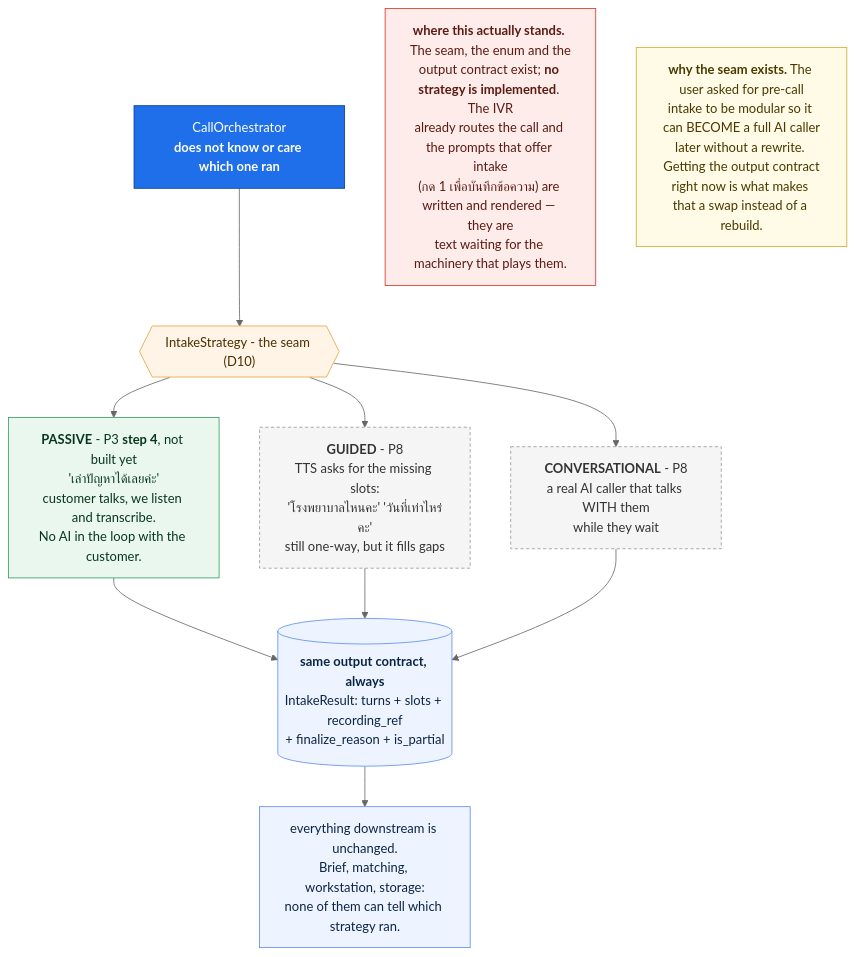
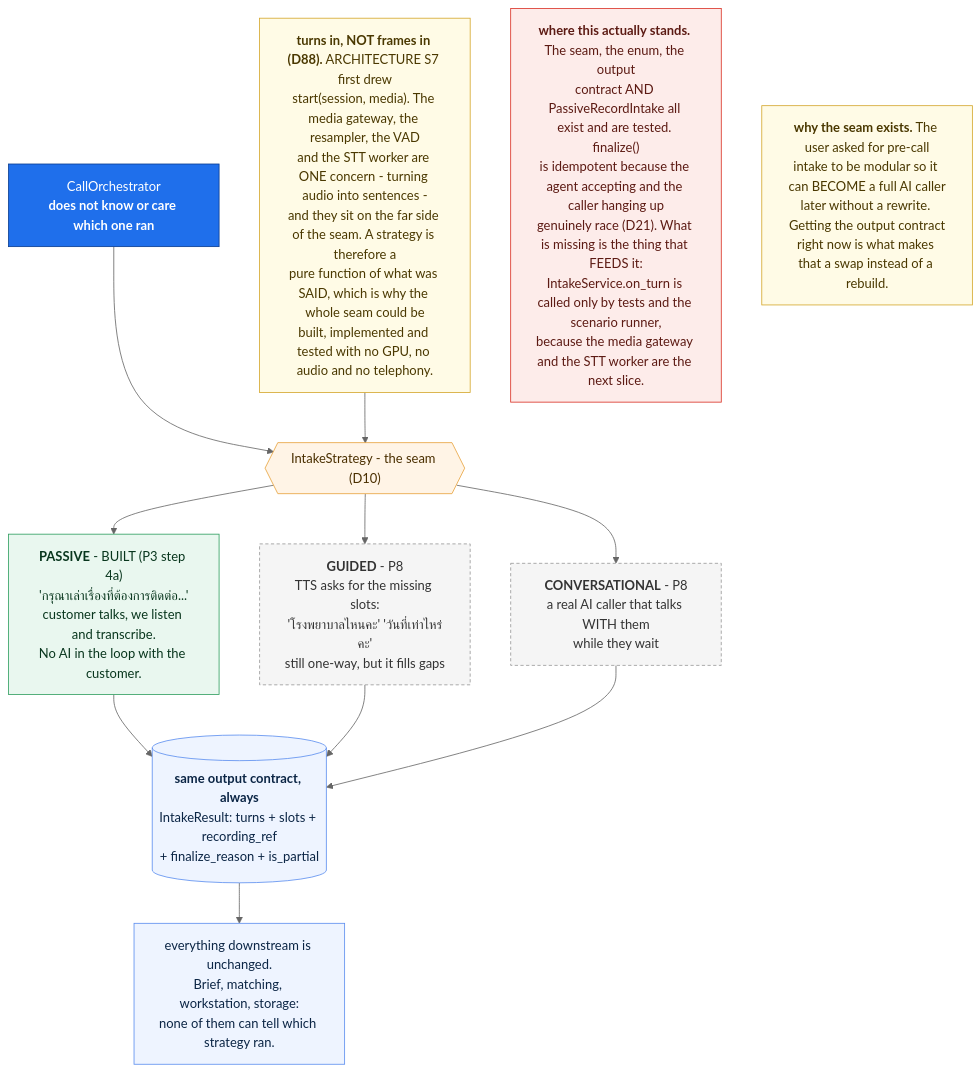
Before and after one commit to anakom-suvonvorn/Krungsri-ReadyCall: the diagram in docs/diagrams/src/intake_strategy.mmd, drawn with Mermaid (neutral theme). The commit also changed 49 other files, not shown here.

```diff
--- a/docs/diagrams/src/intake_strategy.mmd
+++ b/docs/diagrams/src/intake_strategy.mmd
@@ -1,28 +1,32 @@
-%% HANDWRITTEN. Checked against D10 + IntakeStrategyKind + the P3 step-4 boundary
+%% HANDWRITTEN. Checked against D10 + D88 + IntakeStrategyKind
+%% + services/intake/{strategy,passive}.py (PASSIVE is BUILT at P3 step 4a)
 flowchart TB
     ORCH["CallOrchestrator<br/><b>does not know or care which one ran</b>"]:::orch
     ORCH --> SEAM{{"IntakeStrategy - the seam (D10)"}}:::seam
 
-    SEAM --> S1["<b>PASSIVE</b> - P3 <b>step 4</b>, not built yet<br/>'เล่าปัญหาได้เลยค่ะ'<br/>customer talks, we listen and transcribe.<br/>No AI in the loop with the customer."]:::now
+    SEAM --> S1["<b>PASSIVE</b> - BUILT (P3 step 4a)<br/>'กรุณาเล่าเรื่องที่ต้องการติดต่อ...'<br/>customer talks, we listen and transcribe.<br/>No AI in the loop with the customer."]:::now
     SEAM --> S2["<b>GUIDED</b> - P8<br/>TTS asks for the missing slots:<br/>'โรงพยาบาลไหนคะ' 'วันที่เท่าไหร่คะ'<br/>still one-way, but it fills gaps"]:::later
     SEAM --> S3["<b>CONVERSATIONAL</b> - P8<br/>a real AI caller that talks WITH them<br/>while they wait"]:::later
 
     S1 --> OUT
     S2 --> OUT
     S3 --> OUT
     OUT[("<b>same output contract, always</b><br/>IntakeResult: turns + slots + recording_ref<br/>+ finalize_reason + is_partial")]:::out
 
     OUT --> DOWN["everything downstream is unchanged.<br/>Brief, matching, workstation, storage:<br/>none of them can tell which strategy ran."]:::down
 
-    STATE["<b>where this actually stands.</b> The seam, the enum and the<br/>output contract exist; <b>no strategy is implemented</b>. The IVR<br/>already routes the call and the prompts that offer intake<br/>(กด 1 เพื่อบันทึกข้อความ) are written and rendered — they are<br/>text waiting for the machinery that plays them."]:::warn
+    IN["<b>turns in, NOT frames in (D88).</b> ARCHITECTURE S7 first drew<br/>start(session, media). The media gateway, the resampler, the VAD<br/>and the STT worker are ONE concern - turning audio into sentences -<br/>and they sit on the far side of the seam. A strategy is therefore a<br/>pure function of what was SAID, which is why the whole seam could be<br/>built, implemented and tested with no GPU, no audio and no telephony."]:::note
+    IN --> SEAM
+
+    STATE["<b>where this actually stands.</b> The seam, the enum, the output<br/>contract AND PassiveRecordIntake all exist and are tested. finalize()<br/>is idempotent because the agent accepting and the caller hanging up<br/>genuinely race (D21). What is missing is the thing that FEEDS it:<br/>IntakeService.on_turn is called only by tests and the scenario runner,<br/>because the media gateway and the STT worker are the next slice."]:::warn
 
     NOTE["<b>why the seam exists.</b> The user asked for pre-call<br/>intake to be modular so it can BECOME a full AI caller<br/>later without a rewrite. Getting the output contract<br/>right now is what makes that a swap instead of a rebuild."]:::note
 
     classDef orch fill:#1f6feb,stroke:#0b3d91,color:#fff
     classDef seam fill:#fff4e6,stroke:#e8a33d,color:#4a2f00
     classDef now fill:#e9f7ef,stroke:#2f9e5f,color:#08361d
     classDef later fill:#f5f5f5,stroke:#999,color:#333,stroke-dasharray:4 3
     classDef out fill:#eef4ff,stroke:#5b8def,color:#0b2545
     classDef down fill:#eef4ff,stroke:#5b8def,color:#0b2545
     classDef note fill:#fffbe6,stroke:#d4a72c,color:#4a3800
     classDef warn fill:#fdecea,stroke:#d93025,color:#5c1a13
```
